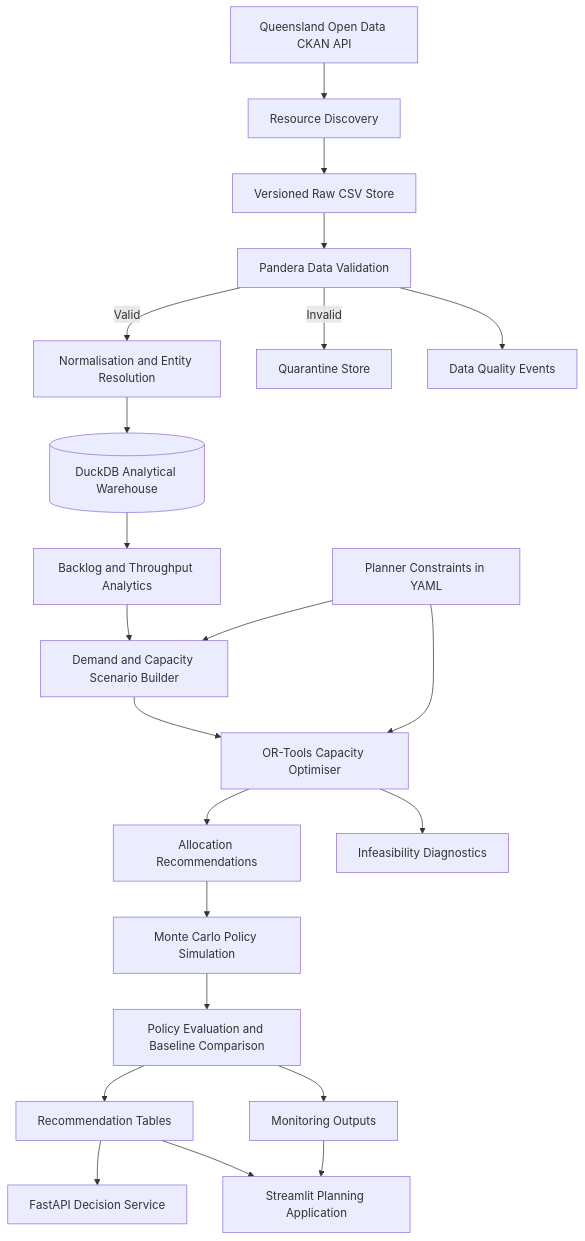
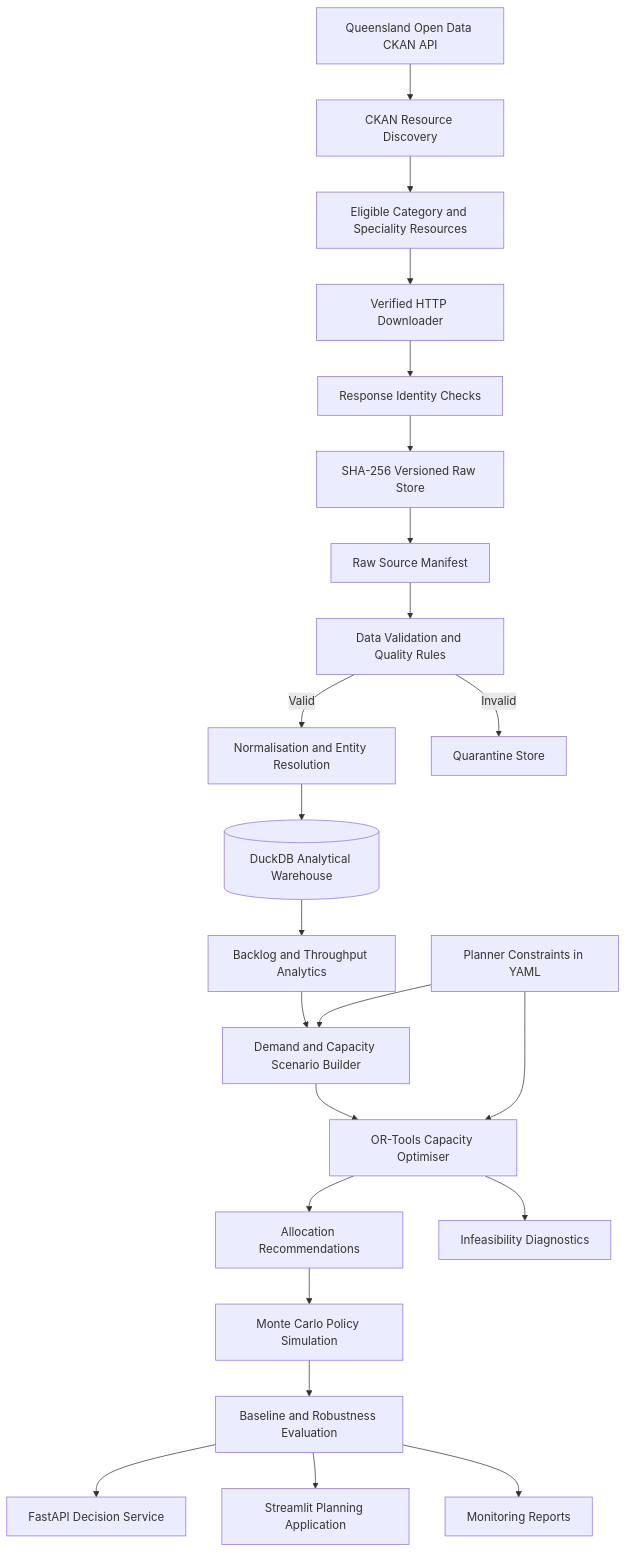
The diagram in qld-elective-surgery-optimiser/README.md (khalili-samani/projects), drawn with Mermaid before and after one commit. The commit also changed other lines of this file, not shown here.

````diff
--- a/qld-elective-surgery-optimiser/README.md
+++ b/qld-elective-surgery-optimiser/README.md
@@ -309,31 +220,32 @@
 ```mermaid
 flowchart TD
-    A[Queensland Open Data CKAN API] --> B[Resource Discovery]
-    B --> C[Versioned Raw CSV Store]
-    C --> D[Pandera Data Validation]
+    A[Queensland Open Data CKAN API] --> B[CKAN Resource Discovery]
+    B --> C[Eligible Category and Speciality Resources]
 
-    D -->|Valid| E[Normalisation and Entity Resolution]
-    D -->|Invalid| F[Quarantine Store]
-    D --> G[Data Quality Events]
+    C --> D[Verified HTTP Downloader]
+    D --> E[Response Identity Checks]
+    E --> F[SHA-256 Versioned Raw Store]
+    F --> G[Raw Source Manifest]
 
-    E --> H[(DuckDB Analytical Warehouse)]
-    H --> I[Backlog and Throughput Analytics]
-    I --> J[Demand and Capacity Scenario Builder]
+    G --> H[Data Validation and Quality Rules]
+    H -->|Valid| I[Normalisation and Entity Resolution]
+    H -->|Invalid| J[Quarantine Store]
 
-    K[Planner Constraints in YAML] --> J
-    K --> L[OR-Tools Capacity Optimiser]
+    I --> K[(DuckDB Analytical Warehouse)]
+    K --> L[Backlog and Throughput Analytics]
+    L --> M[Demand and Capacity Scenario Builder]
 
-    J --> L
-    L --> M[Allocation Recommendations]
-    L --> N[Infeasibility Diagnostics]
+    N[Planner Constraints in YAML] --> M
+    N --> O[OR-Tools Capacity Optimiser]
+    M --> O
 
-    M --> O[Monte Carlo Policy Simulation]
-    O --> P[Policy Evaluation and Baseline Comparison]
+    O --> P[Allocation Recommendations]
+    O --> Q[Infeasibility Diagnostics]
 
-    P --> Q[Recommendation Tables]
-    P --> R[Monitoring Outputs]
+    P --> R[Monte Carlo Policy Simulation]
+    R --> S[Baseline and Robustness Evaluation]
 
-    Q --> S[FastAPI Decision Service]
-    Q --> T[Streamlit Planning Application]
-    R --> T
+    S --> T[FastAPI Decision Service]
+    S --> U[Streamlit Planning Application]
+    S --> V[Monitoring Reports]
 ```
````
